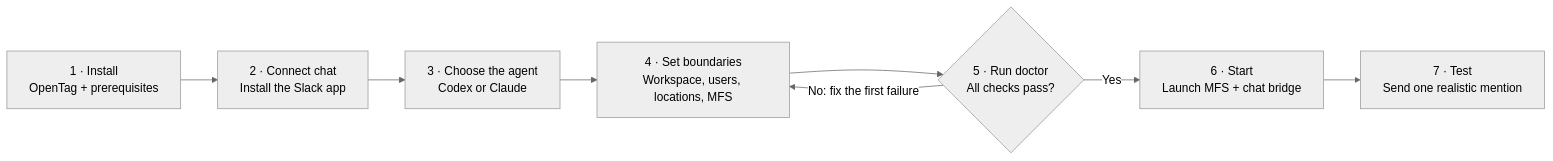
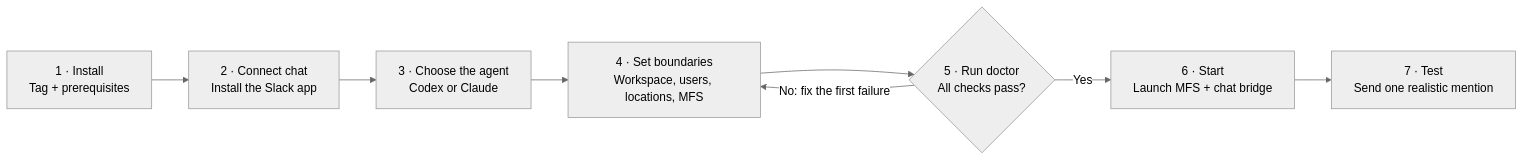
Before and after one commit to klovr-co/hover-tag: the second of 19 diagrams in docs/user-flows.md, drawn with Mermaid (neutral theme). The commit also changed other lines of this file and 23 other files, not shown here.

````diff
--- a/docs/user-flows.md
+++ b/docs/user-flows.md
@@ -78,14 +78,14 @@
 ```mermaid
 flowchart LR
-    A["1 · Install<br/>OpenTag + prerequisites"]
+    A["1 · Install<br/>Tag + prerequisites"]
     B["2 · Connect chat<br/>Install the Slack app"]
     C["3 · Choose the agent<br/>Codex or Claude"]
     D["4 · Set boundaries<br/>Workspace, users, locations, MFS"]
     E{"5 · Run doctor<br/>All checks pass?"}
     F["6 · Start<br/>Launch MFS + chat bridge"]
     G["7 · Test<br/>Send one realistic mention"]
 
     A --> B --> C --> D --> E
     E -->|No: fix the first failure| D
     E -->|Yes| F --> G
 ```
````
